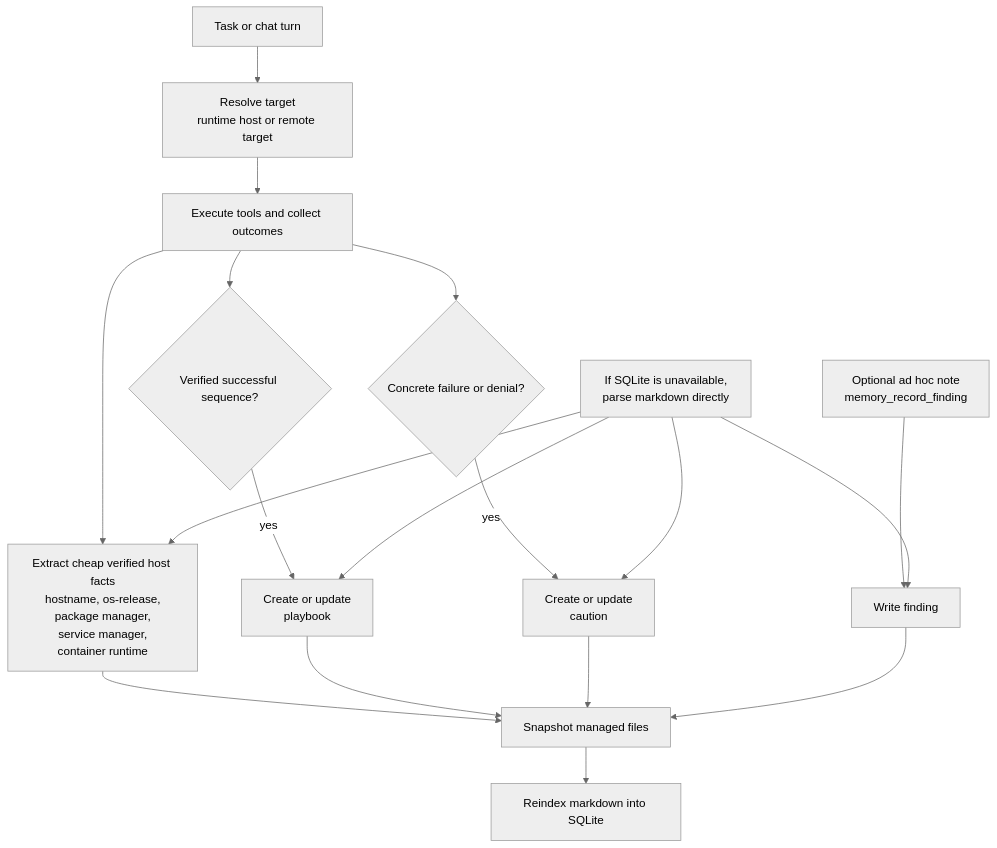
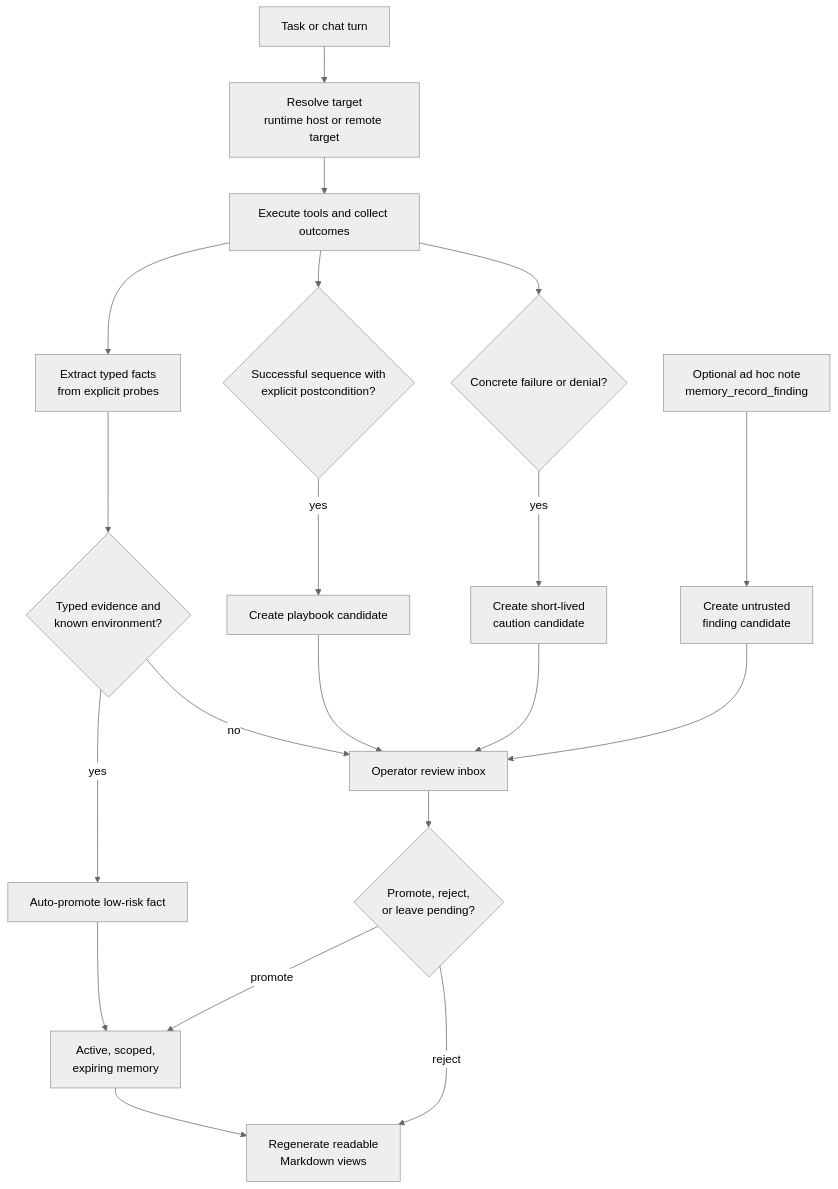
One commit to Glebenator/CvkeHarness changed the fifth of 8 diagrams in docs/project-visual-guide.md. Above: the diagram before and after it, drawn with Mermaid (neutral theme). The commit also changed other lines of this file and 4 other files, not shown here.

````diff
--- a/docs/project-visual-guide.md
+++ b/docs/project-visual-guide.md
@@ -183,32 +182,36 @@
 ```mermaid
 flowchart TD
     task["Task or chat turn"]
     resolve["Resolve target\nruntime host or remote target"]
     run["Execute tools and collect outcomes"]
-    facts["Extract cheap verified host facts\nhostname, os-release,\npackage manager,\nservice manager,\ncontainer runtime"]
-    success{"Verified successful sequence?"}
-    playbook["Create or update\nplaybook"]
+    facts["Extract typed facts\nfrom explicit probes"]
+    factgate{"Typed evidence and\nknown environment?"}
+    activefact["Auto-promote low-risk fact"]
+    success{"Successful sequence with\nexplicit postcondition?"}
+    playbook["Create playbook candidate"]
     failure{"Concrete failure or denial?"}
-    caution["Create or update\ncaution"]
+    caution["Create short-lived\ncaution candidate"]
     note["Optional ad hoc note\nmemory_record_finding"]
-    findings["Write finding"]
-    snapshot["Snapshot managed files"]
-    reindex["Reindex markdown into SQLite"]
-    fallback["If SQLite is unavailable,\nparse markdown directly"]
+    findings["Create untrusted\nfinding candidate"]
+    inbox["Operator review inbox"]
+    decision{"Promote, reject,\nor leave pending?"}
+    active["Active, scoped,\nexpiring memory"]
+    views["Regenerate readable\nMarkdown views"]
 
     task --> resolve --> run
-    run --> facts
+    run --> facts --> factgate
+    factgate -- "yes" --> activefact --> active
+    factgate -- "no" --> inbox
     run --> success
     success -- "yes" --> playbook
     run --> failure
     failure -- "yes" --> caution
     note --> findings
-    facts --> snapshot
-    playbook --> snapshot
-    caution --> snapshot
-    findings --> snapshot --> reindex
-    fallback --> facts
-    fallback --> playbook
-    fallback --> caution
-    fallback --> findings
+    playbook --> inbox
+    caution --> inbox
+    findings --> inbox
+    inbox --> decision
+    decision -- "promote" --> active
+    decision -- "reject" --> views
+    active --> views
 ```
````
